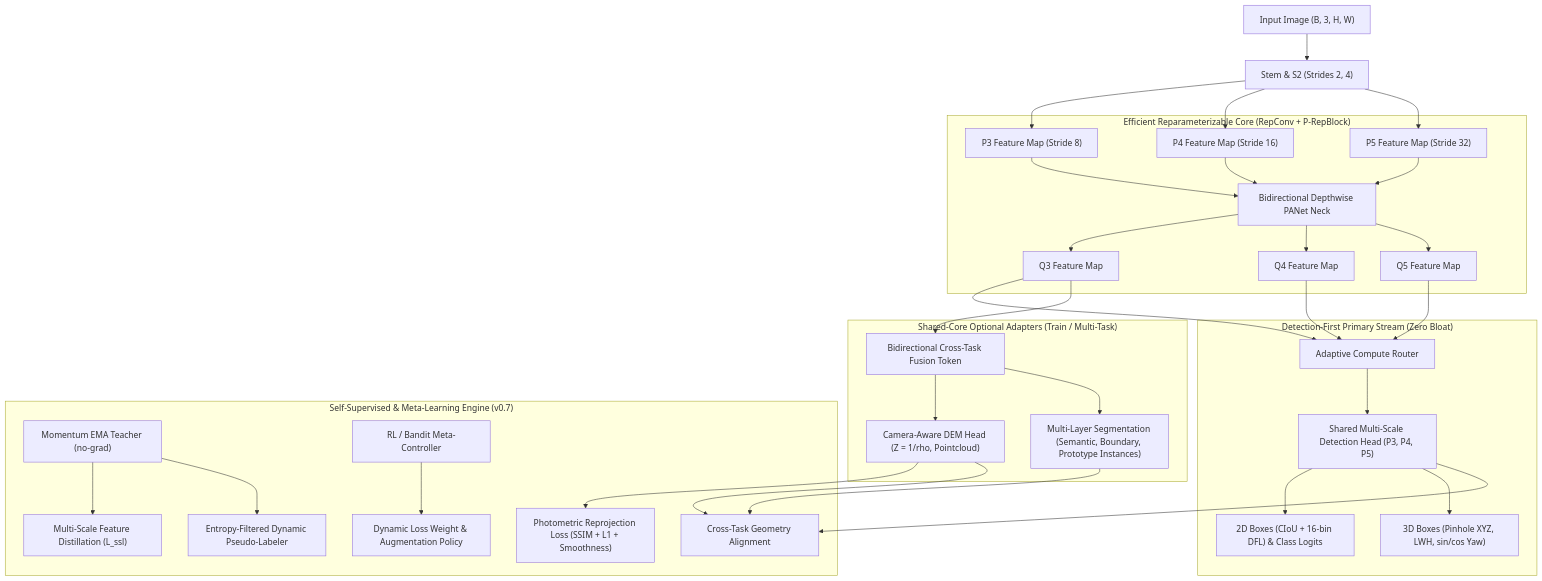
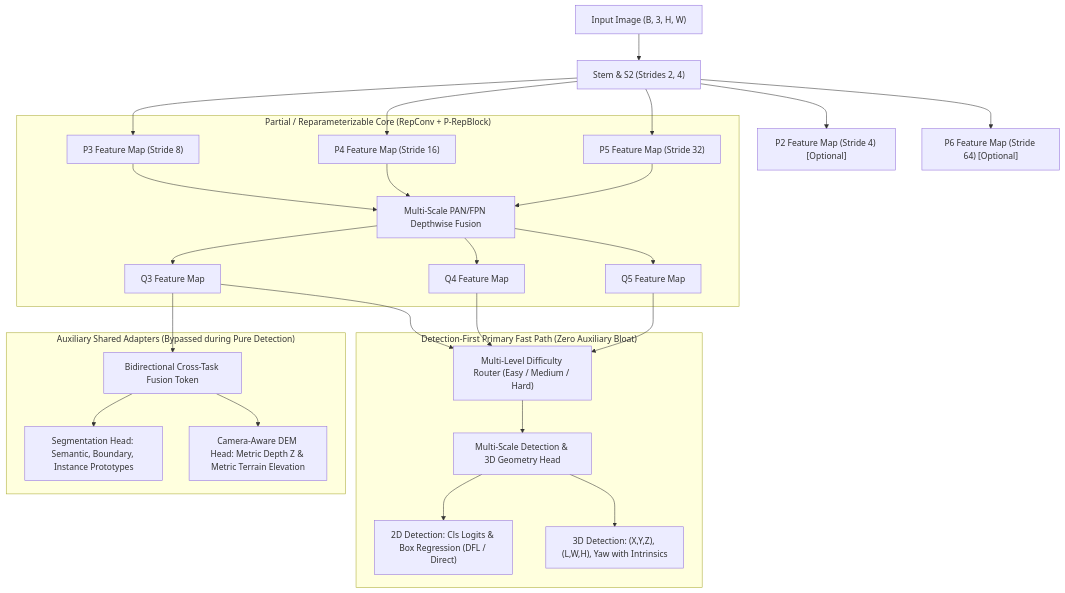
Before and after one commit to ELANGKATHIR11/Neuravex: the diagram in README.md, drawn with Mermaid. The commit also changed other lines of this file and 54 other files, not shown here.

````diff
--- a/README.md
+++ b/README.md
@@ -47,35 +44,29 @@
 ```mermaid
 flowchart TD
     Input["Input Image (B, 3, H, W)"] --> Stem["Stem & S2 (Strides 2, 4)"]
+    Stem --> P2Opt["P2 Feature Map (Stride 4) [Optional]"]
     Stem --> P3["P3 Feature Map (Stride 8)"]
     Stem --> P4["P4 Feature Map (Stride 16)"]
     Stem --> P5["P5 Feature Map (Stride 32)"]
+    Stem --> P6Opt["P6 Feature Map (Stride 64) [Optional]"]
 
-    subgraph Core["Efficient Reparameterizable Core (RepConv + P-RepBlock)"]
-        P3 & P4 & P5 --> PANet["Bidirectional Depthwise PANet Neck"]
+    subgraph Core["Partial / Reparameterizable Core (RepConv + P-RepBlock)"]
+        P3 & P4 & P5 --> PANet["Multi-Scale PAN/FPN Depthwise Fusion"]
         PANet --> Q3["Q3 Feature Map"]
         PANet --> Q4["Q4 Feature Map"]
         PANet --> Q5["Q5 Feature Map"]
     end
 
-    subgraph FastPath["Detection-First Primary Stream (Zero Bloat)"]
-        Q3 & Q4 & Q5 --> Router["Adaptive Compute Router"]
-        Router --> DetHead["Shared Multi-Scale Detection Head (P3, P4, P5)"]
-        DetHead --> Out2D["2D Boxes (CIoU + 16-bin DFL) & Class Logits"]
-        DetHead --> Out3D["3D Boxes (Pinhole XYZ, LWH, sin/cos Yaw)"]
+    subgraph FastPath["Detection-First Primary Fast Path (Zero Auxiliary Bloat)"]
+        Q3 & Q4 & Q5 --> Router["Multi-Level Difficulty Router (Easy / Medium / Hard)"]
+        Router --> DetHead["Multi-Scale Detection & 3D Geometry Head"]
+        DetHead --> Out2D["2D Detection: Cls Logits & Box Regression (DFL / Direct)"]
+        DetHead --> Out3D["3D Detection: (X,Y,Z), (L,W,H), Yaw with Intrinsics"]
     end
 
-    subgraph Auxiliary["Shared-Core Optional Adapters (Train / Multi-Task)"]
+    subgraph Auxiliary["Auxiliary Shared Adapters (Bypassed during Pure Detection)"]
         Q3 --> Fusion["Bidirectional Cross-Task Fusion Token"]
-        Fusion --> DEM["Camera-Aware DEM Head (Z = 1/rho, Pointcloud)"]
-        Fusion --> SegHead["Multi-Layer Segmentation (Semantic, Boundary, Prototype Instances)"]
-    end
-
-    subgraph SSL["Self-Supervised & Meta-Learning Engine (v0.7)"]
-        Teacher["Momentum EMA Teacher (no-grad)"] --> Distill["Multi-Scale Feature Distillation (L_ssl)"]
-        Teacher --> Pseudo["Entropy-Filtered Dynamic Pseudo-Labeler"]
-        DEM --> Photo["Photometric Reprojection Loss (SSIM + L1 + Smoothness)"]
-        DetHead & SegHead & DEM --> CrossGeo["Cross-Task Geometry Alignment"]
-        Bandit["RL / Bandit Meta-Controller"] --> Sched["Dynamic Loss Weight & Augmentation Policy"]
+        Fusion --> SegHead["Segmentation Head: Semantic, Boundary, Instance Prototypes"]
+        Fusion --> DEM["Camera-Aware DEM Head: Metric Depth Z & Metric Terrain Elevation"]
     end
 ```
````
